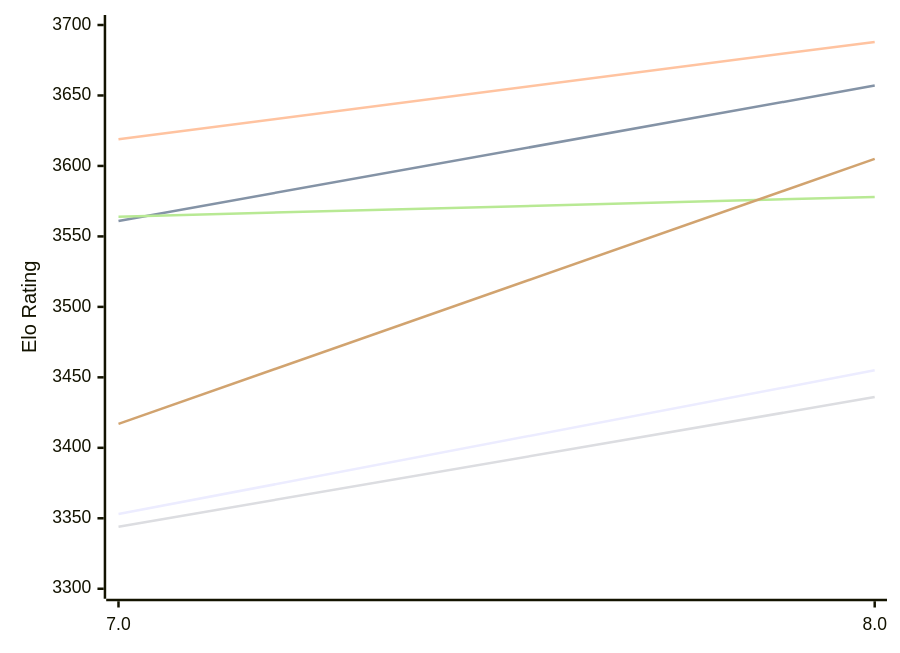
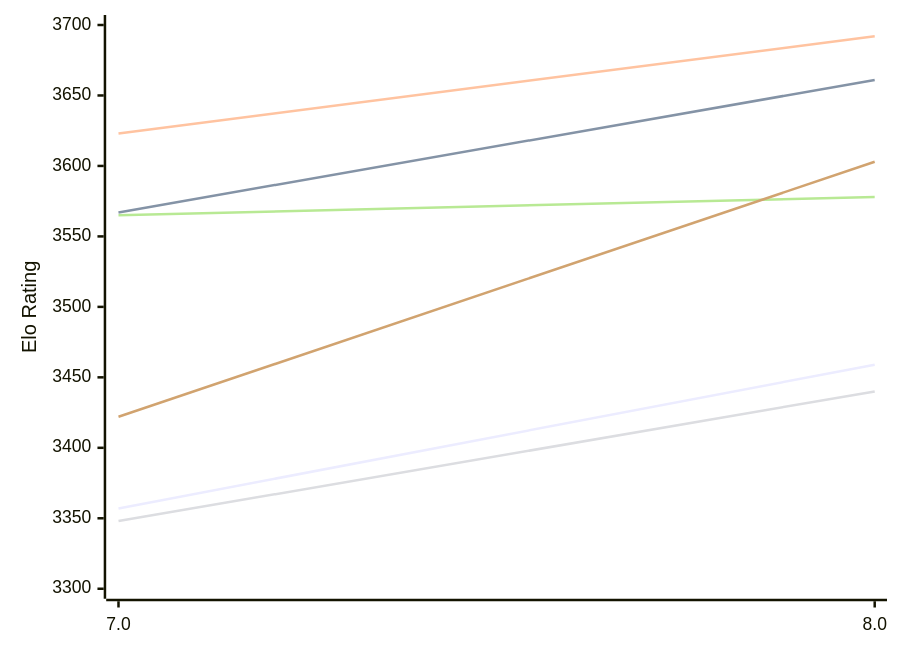
One commit to computer-chess-index/cci changed the first of 2 diagrams in engines/Integral.md. Above: the diagram before and after it, drawn with Mermaid. The commit also changed other lines of this file, not shown here.

Commit message:
Update CCI Ratings (ELO VLTC) - 2026-11-20

````diff
--- a/engines/Integral.md
+++ b/engines/Integral.md
@@ -50,12 +50,12 @@
 ```mermaid
 %%{init: {"theme":"base","themeVariables":{"seriesColors:['#a3a3a3','#222221','#faa371']}}}%%
 xychart-beta
   x-axis ["7.0", "8.0"]
   y-axis "Elo Rating" 3300 --> 3700
-  line "E1: STC (8.0+0.08s)" [3353, 3455]
-  line "E1: LTC (60.0+0.60s)" [3561, 3657]
-  line "E1: VLTC (2m24s+1.12s)" [3619, 3688]
-  line "P1: STC (8.0+0.08s)" [3344, 3436]
-  line "P1: LTC (60.0+0.60s)" [3564, 3578]
-  line "P1: VLTC (2m24s+1.12s)" [3417, 3605]
+  line "E1: STC (8.0+0.08s)" [3357, 3459]
+  line "E1: LTC (60.0+0.60s)" [3567, 3661]
+  line "E1: VLTC (2m24s+1.12s)" [3623, 3692]
+  line "P1: STC (8.0+0.08s)" [3348, 3440]
+  line "P1: LTC (60.0+0.60s)" [3565, 3578]
+  line "P1: VLTC (2m24s+1.12s)" [3422, 3603]
 ```
````
